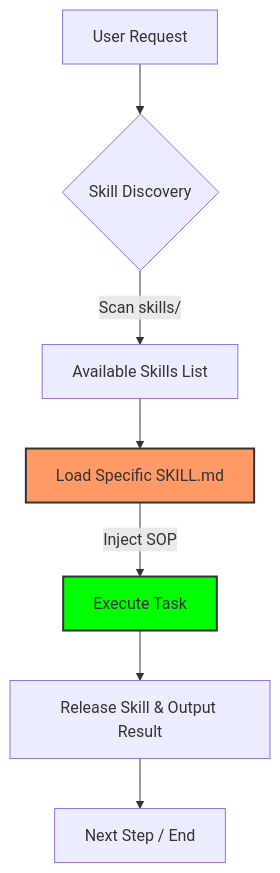
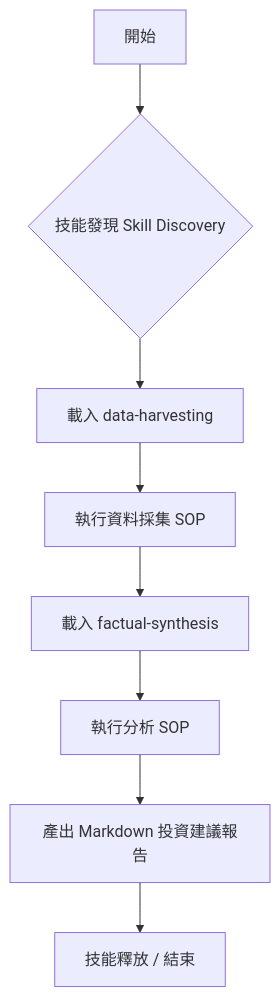
One commit to long0426/python-skill-poc changed the diagram in README.zh-TW.md. Above: the diagram before and after it, drawn with Mermaid. The commit also changed other lines of this file and 2 other files, not shown here.

````diff
--- a/README.zh-TW.md
+++ b/README.zh-TW.md
@@ -39,12 +97,10 @@
 ```mermaid
 graph TD
-    A[User Request] --> B{Skill Discovery}
-    B -- Scan skills/ --> C[Available Skills List]
-    C --> D[Load Specific SKILL.md]
-    D -- Inject SOP --> E[Execute Task]
-    E --> F[Release Skill & Output Result]
-    F --> G[Next Step / End]
-    
-    style D fill:#f96,stroke:#333,stroke-width:2px
-    style E fill:#00ff00,stroke:#333,stroke-width:2px
+    A[開始] --> B{技能發現 Skill Discovery}
+    B --> C[載入 data-harvesting]
+    C --> D[執行資料採集 SOP]
+    D --> E[載入 factual-synthesis]
+    E --> F[執行分析 SOP]
+    F --> G[產出 Markdown 投資建議報告]
+    G --> H[技能釋放 / 結束]
 ```
````
